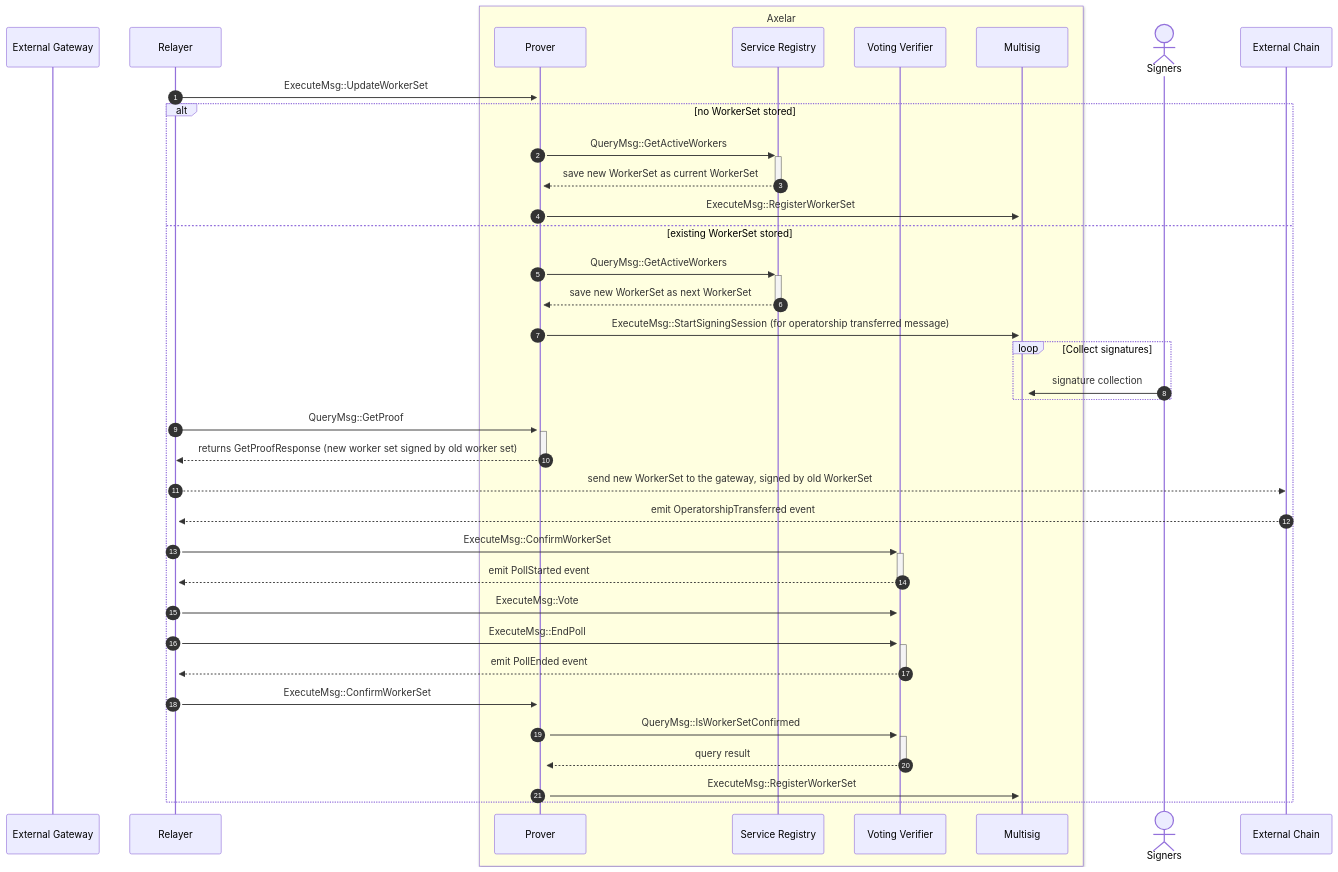
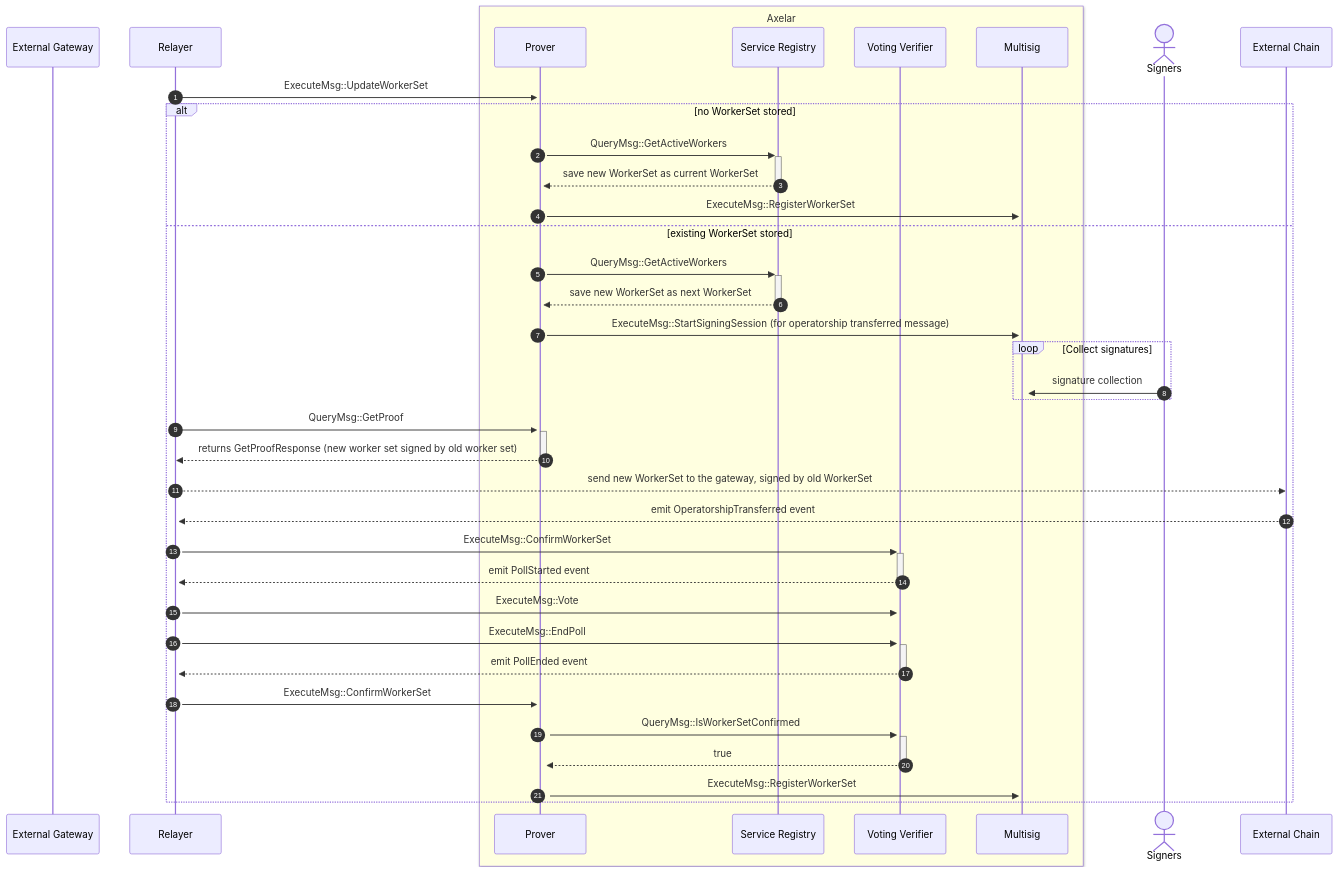
The fourth of 4 diagrams in doc/src/contracts/multisig_prover.md (axelarnetwork/axelar-amplifier), drawn with Mermaid before and after one commit.

Commit message:
voting verifier returns true to prover

````diff
--- a/doc/src/contracts/multisig_prover.md
+++ b/doc/src/contracts/multisig_prover.md
@@ -152,39 +152,39 @@
 ```mermaid
 sequenceDiagram
 autonumber
 participant External Gateway
 participant Relayer
 box LightYellow Axelar
 participant Prover
 participant Service Registry
 participant Voting Verifier
 participant Multisig
 end
 actor Signers
 Relayer->>+Prover: ExecuteMsg::UpdateWorkerSet
 alt no WorkerSet stored
   Prover->>+Service Registry: QueryMsg::GetActiveWorkers
   Service Registry-->>-Prover: save new WorkerSet as current WorkerSet
   Prover->>+Multisig: ExecuteMsg::RegisterWorkerSet
 else existing WorkerSet stored
   Prover->>+Service Registry: QueryMsg::GetActiveWorkers
   Service Registry-->>-Prover: save new WorkerSet as next WorkerSet
   Prover->>+Multisig: ExecuteMsg::StartSigningSession (for operatorship transferred message)
   loop Collect signatures
 	  Signers->>+Multisig: signature collection
   end
   Relayer->>+Prover: QueryMsg::GetProof
   Prover-->>-Relayer: returns GetProofResponse (new worker set signed by old worker set)
   Relayer-->>External Chain: send new WorkerSet to the gateway, signed by old WorkerSet
   External Chain-->>+Relayer: emit OperatorshipTransferred event
   Relayer->>+Voting Verifier: ExecuteMsg::ConfirmWorkerSet
   Voting Verifier-->>-Relayer: emit PollStarted event
   Relayer->>+Voting Verifier: ExecuteMsg::Vote
   Relayer->>+Voting Verifier: ExecuteMsg::EndPoll
   Voting Verifier-->>-Relayer: emit PollEnded event
   Relayer->>+Prover: ExecuteMsg::ConfirmWorkerSet
   Prover->>+Voting Verifier: QueryMsg::IsWorkerSetConfirmed
-  Voting Verifier-->>-Prover: query result
+  Voting Verifier-->>-Prover: true
   Prover->>+Multisig: ExecuteMsg::RegisterWorkerSet
 end
 ```
````
